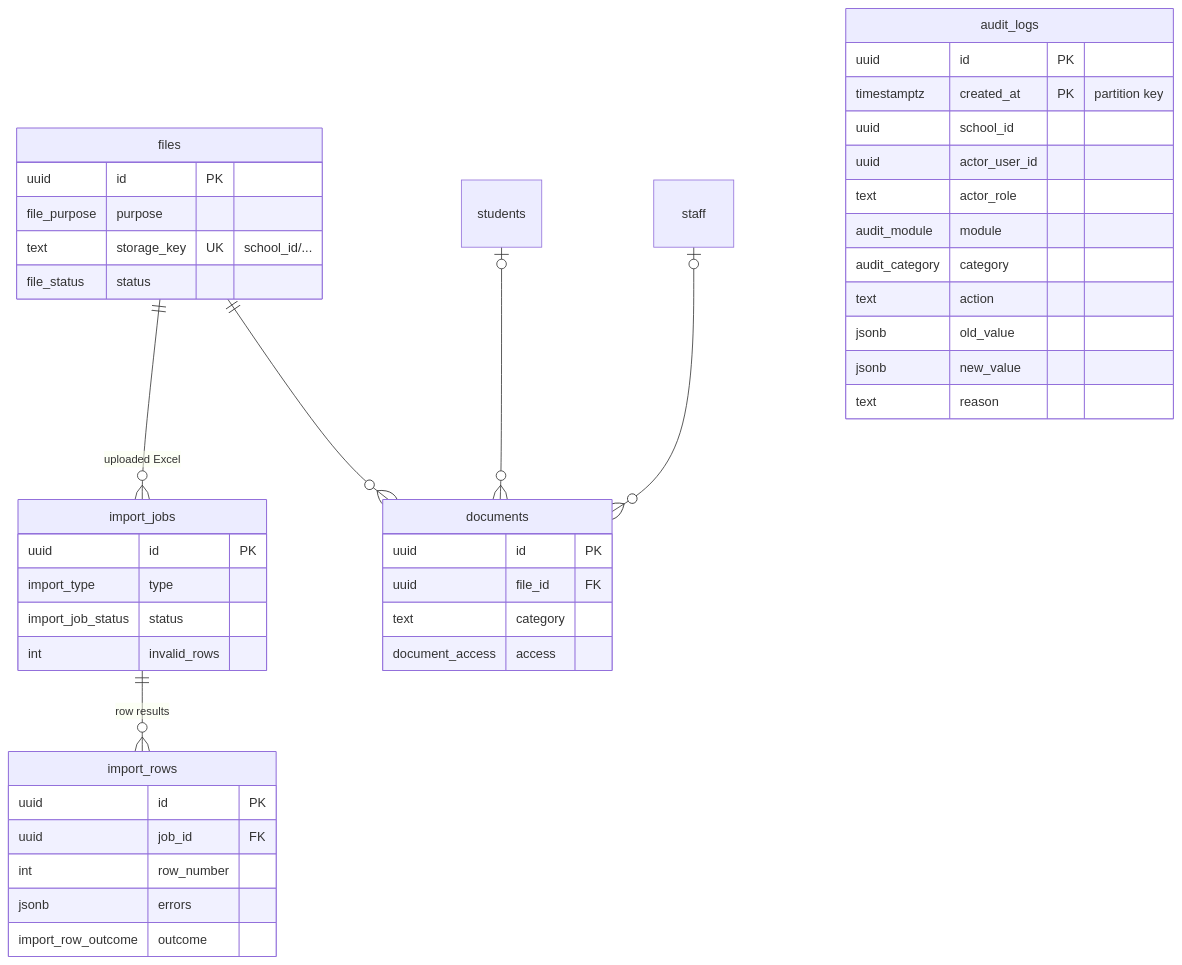
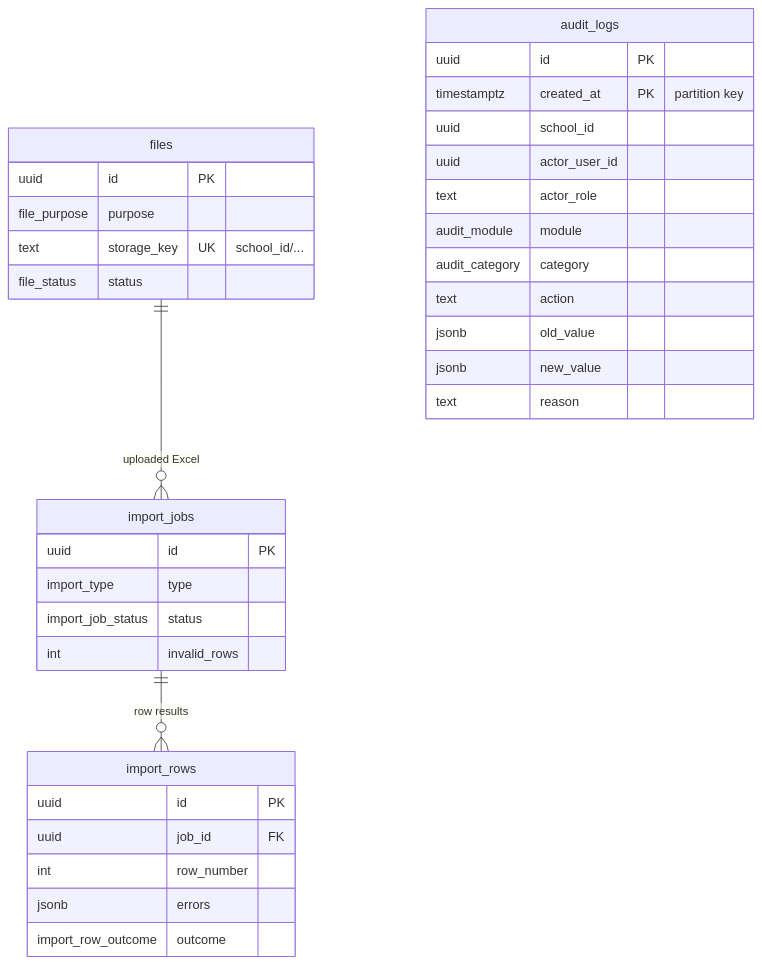
Before and after one commit to Worksarvesh/school-erp: the tenth of 10 diagrams in docs/system-design/schema/ER-DIAGRAMS.md, drawn with Mermaid. The commit also changed other lines of this file and 11 other files, not shown here.

First line of the commit message:
docs: apply V1.2 scope decisions to the draft schema and design docs

````diff
--- a/docs/system-design/schema/ER-DIAGRAMS.md
+++ b/docs/system-design/schema/ER-DIAGRAMS.md
@@ -540,47 +579,38 @@
 ```mermaid
 erDiagram
   files ||--o{ import_jobs : "uploaded Excel"
   import_jobs ||--o{ import_rows : "row results"
-  files ||--o{ documents : ""
-  students |o--o{ documents : ""
-  staff |o--o{ documents : ""
 
   import_jobs {
     uuid id PK
     import_type type
     import_job_status status
     int invalid_rows
   }
   import_rows {
     uuid id PK
     uuid job_id FK
     int row_number
     jsonb errors
     import_row_outcome outcome
   }
   files {
     uuid id PK
     file_purpose purpose
     text storage_key UK "school_id/..."
     file_status status
   }
-  documents {
-    uuid id PK
-    uuid file_id FK
-    text category
-    document_access access
-  }
   audit_logs {
     uuid id PK
     timestamptz created_at PK "partition key"
     uuid school_id
     uuid actor_user_id
     text actor_role
     audit_module module
     audit_category category
     text action
     jsonb old_value
     jsonb new_value
     text reason
   }
 ```
````
